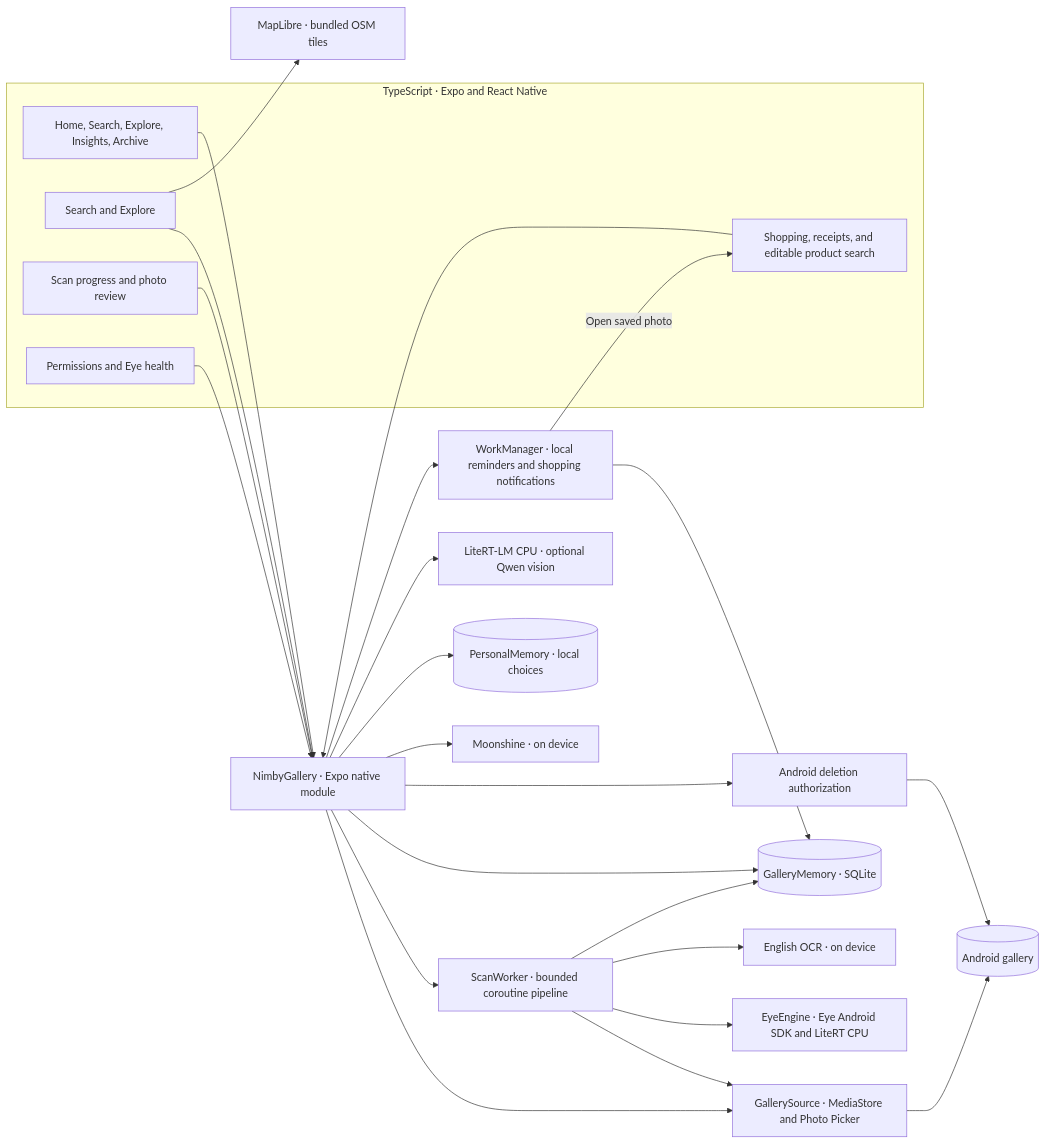
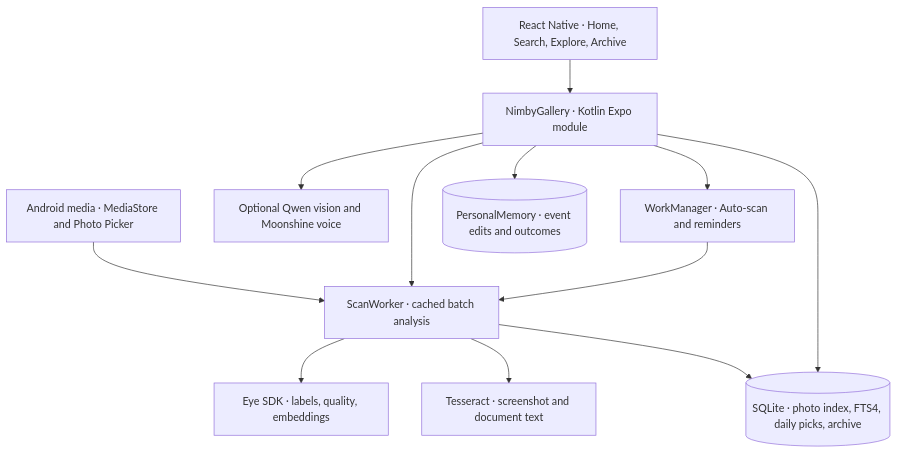
One commit to harishkotra/nimby changed the sixth of 7 diagrams in README.md. Above: the diagram before and after it, drawn with Mermaid. The commit also changed other lines of this file and 89 other files, not shown here.

Commit message:
Ship personal photo memory and hosted retailer search

````diff
--- a/README.md
+++ b/README.md
@@ -35,47 +133,14 @@
 ```mermaid
-flowchart LR
-    subgraph UI["TypeScript · Expo and React Native"]
-        App["Home, Search, Explore, Insights, Archive"]
-        Recall["Search and Explore"]
-        Review["Scan progress and photo review"]
-        Settings["Permissions and Eye health"]
-        FollowUps["Shopping, receipts, and editable product search"]
-    end
-
-    Bridge["NimbyGallery · Expo native module"]
-    Source["GallerySource · MediaStore and Photo Picker"]
-    Worker["ScanWorker · bounded coroutine pipeline"]
-    Eye["EyeEngine · Eye Android SDK and LiteRT CPU"]
-    DB[("GalleryMemory · SQLite")]
-    OCR["English OCR · on device"]
-    Voice["Moonshine · on device"]
-    Map["MapLibre · bundled OSM tiles"]
-    Feedback[("PersonalMemory · local choices")]
-    Models["LiteRT-LM CPU · optional Qwen vision"]
-    Jobs["WorkManager · local reminders and shopping notifications"]
-    Gallery[("Android gallery")]
-    Delete["Android deletion authorization"]
-
-    App --> Bridge
-    Recall --> Bridge
-    Recall --> Map
-    Review --> Bridge
-    Settings --> Bridge
-    FollowUps --> Bridge
-    Bridge --> Source
+flowchart TD
+    UI["React Native · Home, Search, Explore, Archive"] --> Bridge["NimbyGallery · Kotlin Expo module"]
+    Media["Android media · MediaStore and Photo Picker"] --> Worker["ScanWorker · cached batch analysis"]
     Bridge --> Worker
-    Bridge --> DB
-    Source --> Gallery
-    Worker --> Source
-    Worker --> Eye
-    Worker --> OCR
-    Worker --> DB
-    Bridge --> Delete
-    Bridge --> Voice
-    Bridge --> Feedback
-    Bridge --> Models
-    Bridge --> Jobs
-    Jobs --> DB
-    Jobs -->|Open saved photo| FollowUps
-    Delete --> Gallery
+    Worker --> Eye["Eye SDK · labels, quality, embeddings"]
+    Worker --> OCR["Tesseract · screenshot and document text"]
+    Worker --> Local[("SQLite · photo index, FTS4, daily picks, archive")]
+    Bridge --> Local
+    Bridge --> Models["Optional Qwen vision and Moonshine voice"]
+    Bridge --> Jobs["WorkManager · Auto-scan and reminders"]
+    Jobs --> Worker
+    Bridge --> Memory[("PersonalMemory · event edits and outcomes")]
 ```
````
